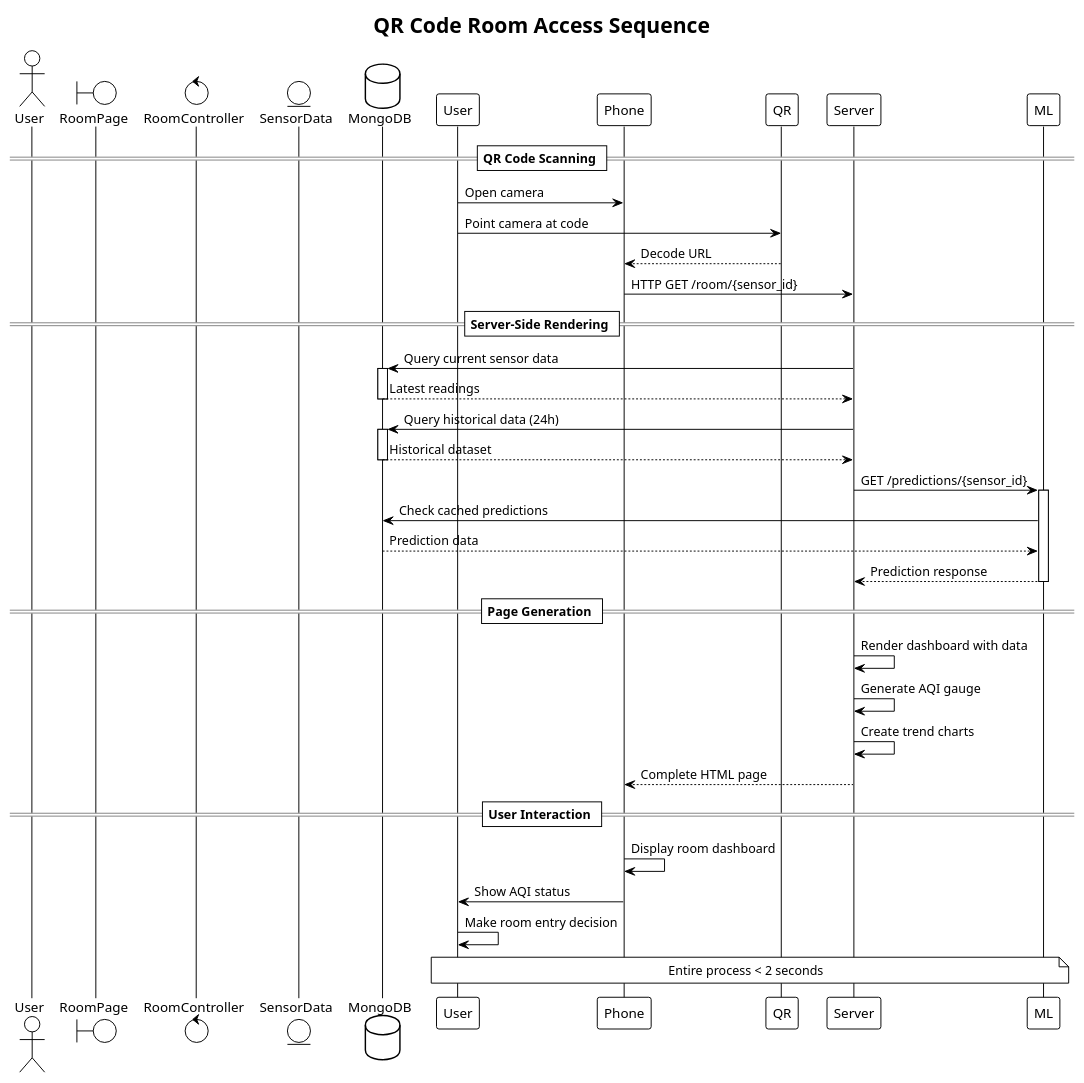
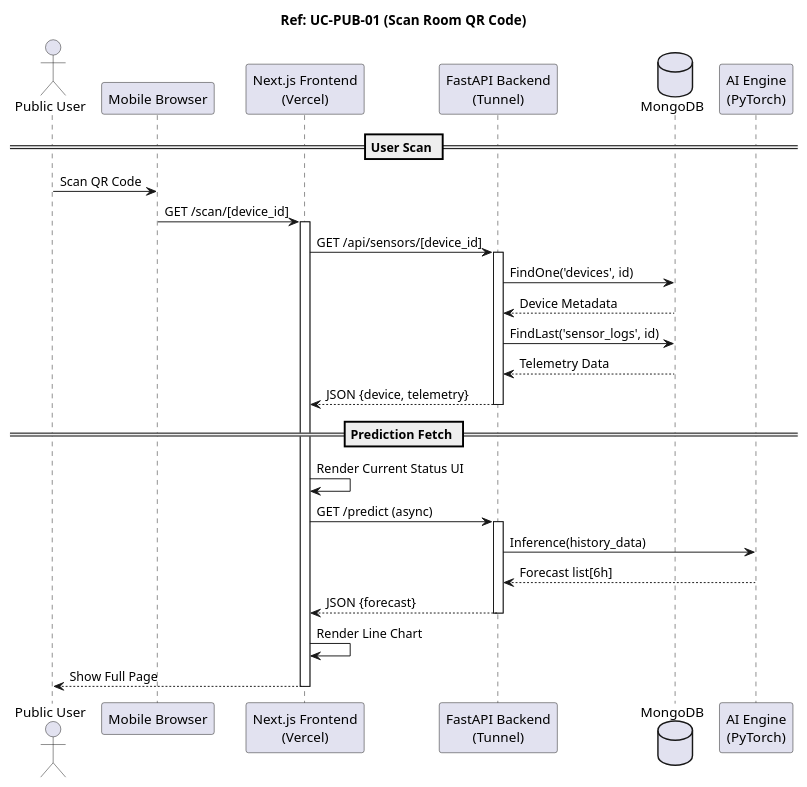
Before and after one commit to pratama404/breev: the diagram in docs/Architecture_Diagrams/sequence-qr-access.puml, drawn with PlantUML. The commit also changed 47 other files, not shown here.

```diff
--- a/docs/Architecture_Diagrams/sequence-qr-access.puml
+++ b/docs/Architecture_Diagrams/sequence-qr-access.puml
@@ -1,53 +1,37 @@
-@startuml Sequence - QR Code Access
-!theme plain
+@startuml Sequence - QR Access
+title Ref: UC-PUB-01 (Scan Room QR Code)
 
-title QR Code Room Access Sequence
+actor "Public User" as User
+participant "Mobile Browser" as Browser
+participant "Next.js Frontend\n(Vercel)" as FE
+participant "FastAPI Backend\n(Tunnel)" as BE
+database "MongoDB" as DB
+participant "AI Engine\n(PyTorch)" as AI
 
-actor "User" as Act
-boundary "RoomPage" as UI
-control "RoomController" as Ctrl
-entity "SensorData" as Ent
-database "MongoDB" as DB
+== User Scan ==
+User -> Browser: Scan QR Code
+Browser -> FE: GET /scan/[device_id]
+activate FE
 
-== QR Code Scanning ==
+FE -> BE: GET /api/sensors/[device_id]
+activate BE
+BE -> DB: FindOne('devices', id)
+DB --> BE: Device Metadata
+BE -> DB: FindLast('sensor_logs', id)
+DB --> BE: Telemetry Data
+BE --> FE: JSON {device, telemetry}
+deactivate BE
 
-User -> Phone: Open camera
-User -> QR: Point camera at code
-QR --> Phone: Decode URL
-Phone -> Server: HTTP GET /room/{sensor_id}
+== Prediction Fetch ==
+FE -> FE: Render Current Status UI
+FE -> BE: GET /predict (async)
+activate BE
+BE -> AI: Inference(history_data)
+AI --> BE: Forecast list[6h]
+BE --> FE: JSON {forecast}
+deactivate BE
 
-== Server-Side Rendering ==
-
-Server -> DB: Query current sensor data
-activate DB
-DB --> Server: Latest readings
-deactivate DB
-
-Server -> DB: Query historical data (24h)
-activate DB
-DB --> Server: Historical dataset
-deactivate DB
-
-Server -> ML: GET /predictions/{sensor_id}
-activate ML
-ML -> DB: Check cached predictions
-DB --> ML: Prediction data
-ML --> Server: Prediction response
-deactivate ML
-
-== Page Generation ==
-
-Server -> Server: Render dashboard with data
-Server -> Server: Generate AQI gauge
-Server -> Server: Create trend charts
-Server --> Phone: Complete HTML page
-
-== User Interaction ==
-
-Phone -> Phone: Display room dashboard
-Phone -> User: Show AQI status
-User -> User: Make room entry decision
-
-note over User, ML: Entire process < 2 seconds
-
+FE -> FE: Render Line Chart
+FE --> User: Show Full Page
+deactivate FE
 @enduml
```
